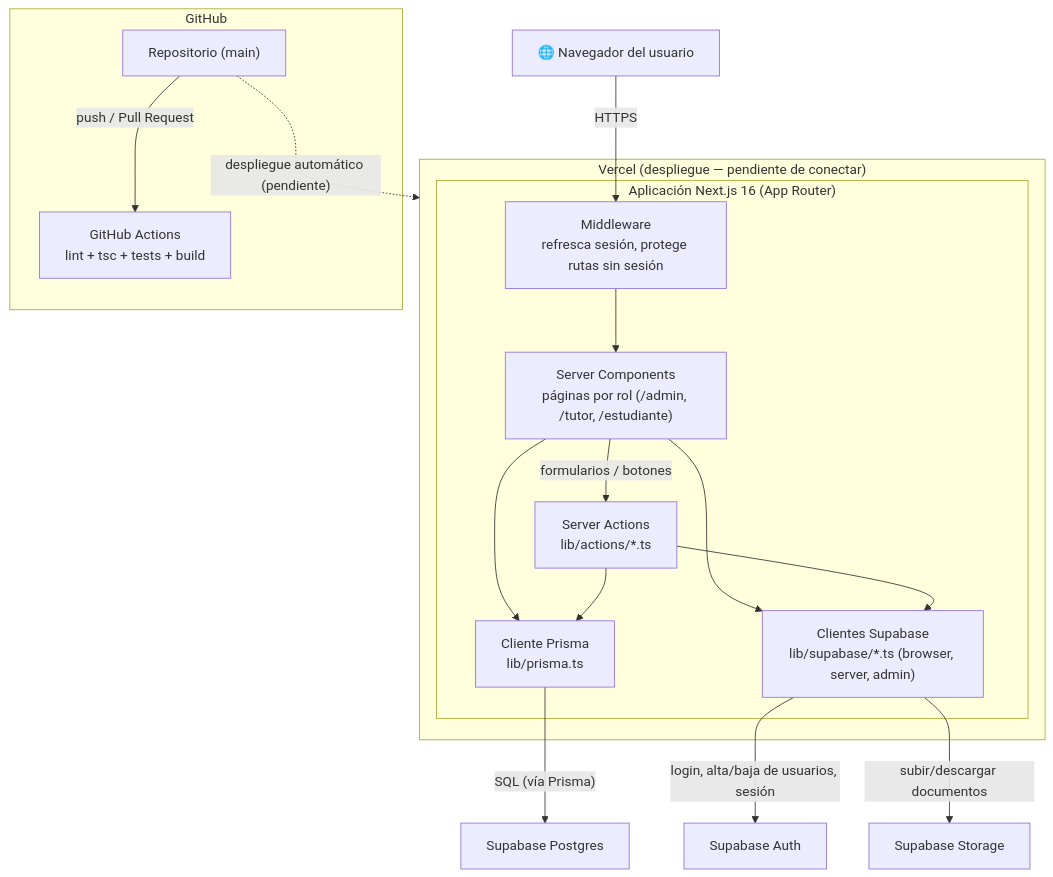
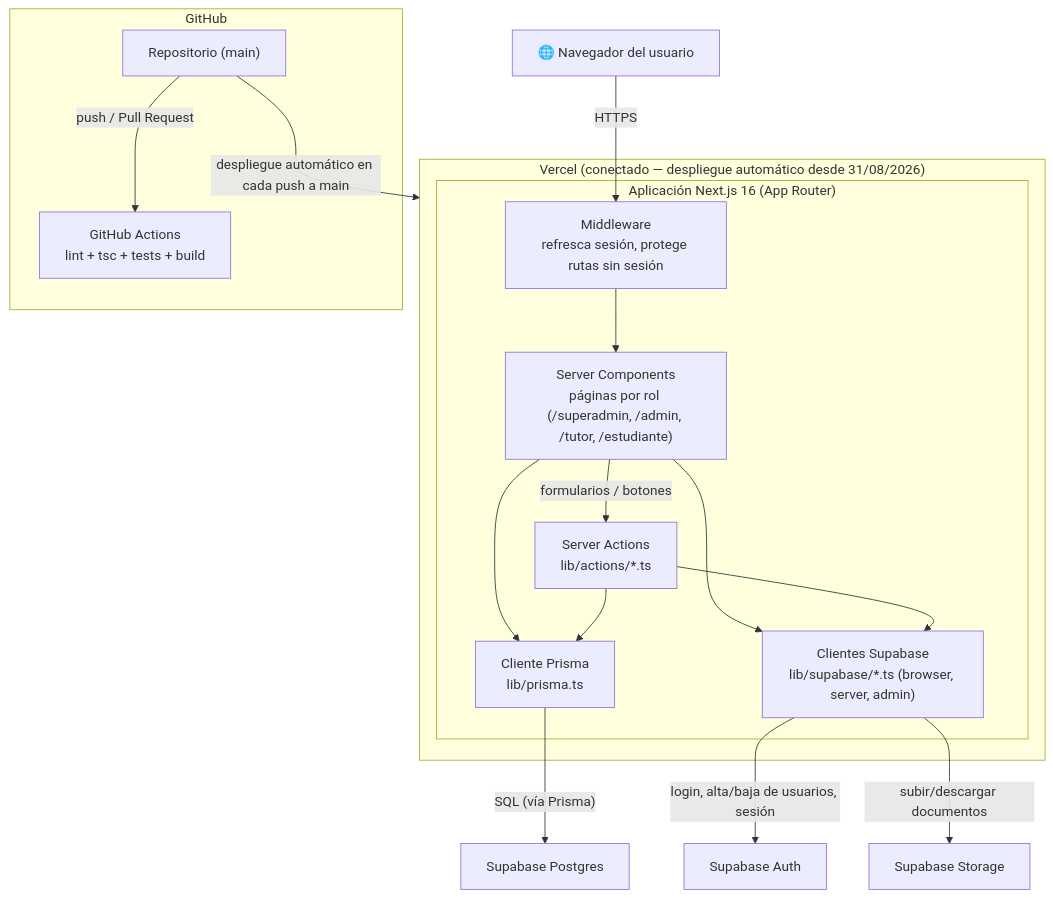
The second of 7 diagrams in Diagrama_de_Arquitectura.md (profefabio-dev/proyecto-lms), drawn with Mermaid before and after one commit. The commit also changed other lines of this file and 5 other files, not shown here.

````diff
--- a/Diagrama_de_Arquitectura.md
+++ b/Diagrama_de_Arquitectura.md
@@ -42,37 +47,37 @@
 ```mermaid
 flowchart TB
     Navegador["🌐 Navegador del usuario"]
 
-    subgraph Vercel["Vercel (despliegue — pendiente de conectar)"]
+    subgraph Vercel["Vercel (conectado — despliegue automático desde 31/08/2026)"]
         subgraph NextApp["Aplicación Next.js 16 (App Router)"]
             Middleware["Middleware<br/>refresca sesión, protege rutas sin sesión"]
-            Pages["Server Components<br/>páginas por rol (/admin, /tutor, /estudiante)"]
+            Pages["Server Components<br/>páginas por rol (/superadmin, /admin, /tutor, /estudiante)"]
             Actions["Server Actions<br/>lib/actions/*.ts"]
             PrismaClient["Cliente Prisma<br/>lib/prisma.ts"]
             SupabaseClients["Clientes Supabase<br/>lib/supabase/*.ts (browser, server, admin)"]
         end
     end
 
     subgraph GH["GitHub"]
         Repo["Repositorio (main)"]
         Actions_CI["GitHub Actions<br/>lint + tsc + tests + build"]
     end
 
     SupaAuth["Supabase Auth"]
     SupaDB["Supabase Postgres"]
     SupaStorage["Supabase Storage"]
 
     Navegador -->|"HTTPS"| Middleware
     Middleware --> Pages
     Pages -->|"formularios / botones"| Actions
     Pages --> PrismaClient
     Actions --> PrismaClient
     Pages --> SupabaseClients
     Actions --> SupabaseClients
     PrismaClient -->|"SQL (vía Prisma)"| SupaDB
     SupabaseClients -->|"login, alta/baja de usuarios, sesión"| SupaAuth
     SupabaseClients -->|"subir/descargar documentos"| SupaStorage
 
     Repo -->|"push / Pull Request"| Actions_CI
-    Repo -.->|"despliegue automático (pendiente)"| Vercel
+    Repo -->|"despliegue automático en cada push a main"| Vercel
 ```
````
